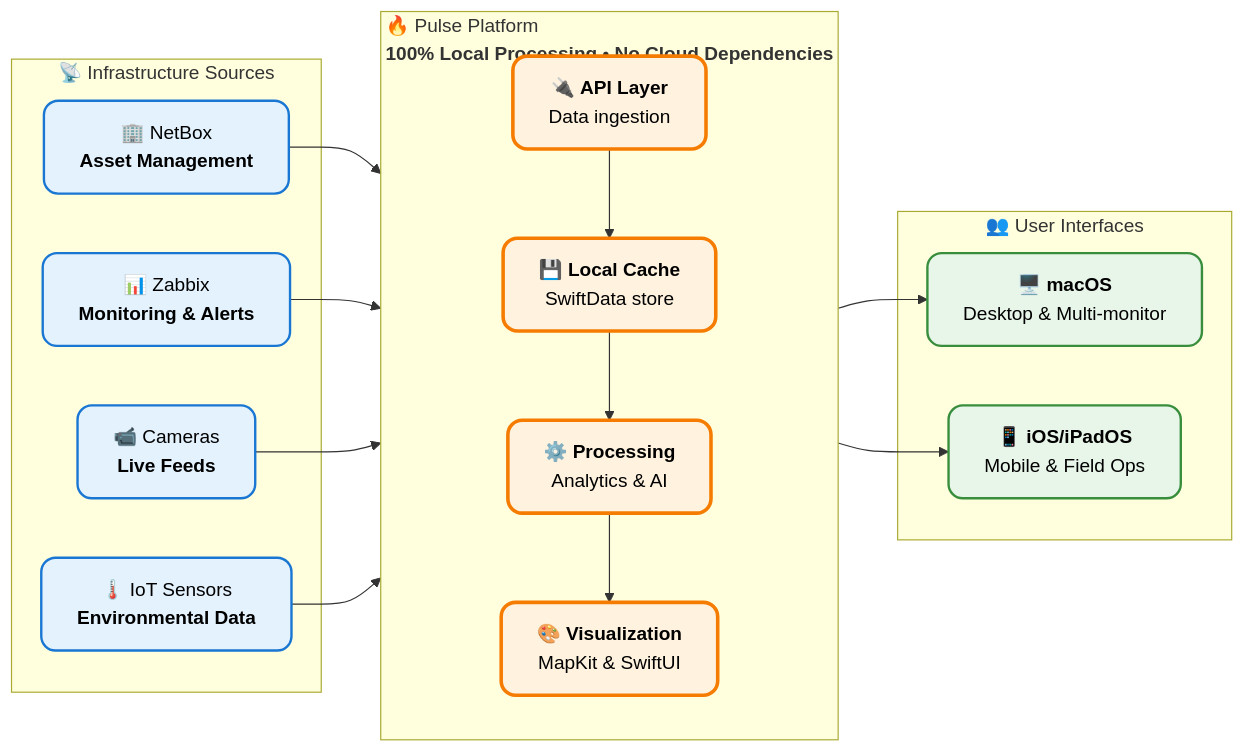
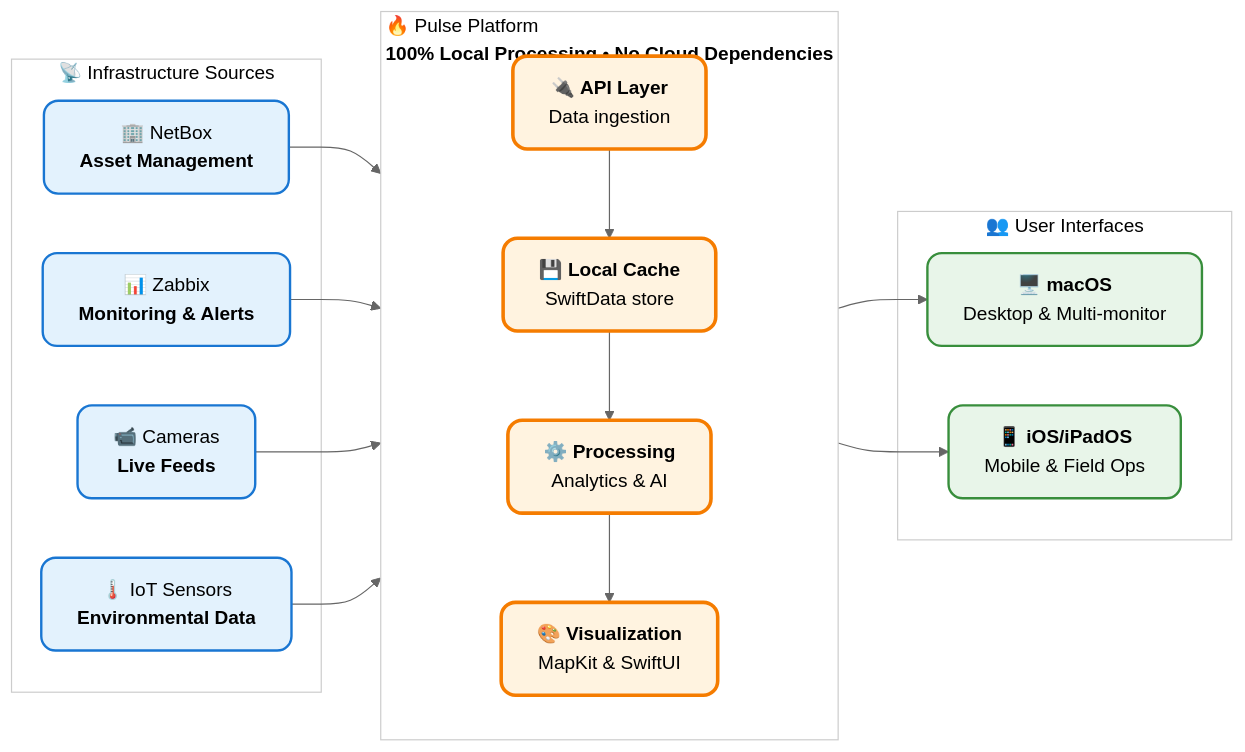
Before and after one commit to Omega-Networks/Pulse: the diagram in docs/media/pulse_architecture_diagram.md, drawn with Mermaid.

````diff
--- a/docs/media/pulse_architecture_diagram.md
+++ b/docs/media/pulse_architecture_diagram.md
@@ -3,48 +3,50 @@
 ```mermaid
+%%{init: {"theme": "base", "themeVariables": {"primaryColor": "#ffffff", "primaryTextColor": "#000000", "primaryBorderColor": "#cccccc", "lineColor": "#666666", "sectionBkColor": "#ffffff", "altSectionBkColor": "#f8f9fa", "gridColor": "#e0e0e0", "secondaryColor": "#ffffff", "tertiaryColor": "#ffffff", "clusterBkg": "transparent", "clusterBorder": "#cccccc", "edgeLabelBackground": "#ffffff"}}}%%
 graph LR
     %% Infrastructure Sources
     subgraph Sources["📡 Infrastructure Sources"]
         NetBox["🏢 NetBox<br/><b>Asset Management</b>"]
         Zabbix["📊 Zabbix<br/><b>Monitoring & Alerts</b>"]
         Cameras["📹 Cameras<br/><b>Live Feeds</b>"]
         IoT["🌡️ IoT Sensors<br/><b>Environmental Data</b>"]
     end
 
     %% Pulse Core Platform  
     subgraph PulseCore["🔥 Pulse Platform<br/><b>100% Local Processing • No Cloud Dependencies</b>"]
         direction TB
         API["🔌 <b>API Layer</b><br/>Data ingestion"]
         Cache["💾 <b>Local Cache</b><br/>SwiftData store"] 
         Engine["⚙️ <b>Processing</b><br/>Analytics & AI"]
         Viz["🎨 <b>Visualization</b><br/>MapKit & SwiftUI"]
         
         API --> Cache
         Cache --> Engine  
         Engine --> Viz
     end
 
     %% User Interfaces
     subgraph UIs["👥 User Interfaces"]
         macOS["🖥️ <b>macOS</b><br/>Desktop & Multi-monitor"]
         iOS["📱 <b>iOS/iPadOS</b><br/>Mobile & Field Ops"]
     end
 
     %% Data Flow Connections
     NetBox --> API
     Zabbix --> API
     Cameras --> API
     IoT --> API
 
     %% Output to Interfaces
     Viz --> macOS
     Viz --> iOS
 
     %% Styling with darker text and rounded corners (Apple/SwiftUI style)
+    classDef default fill:#ffffff,stroke:#cccccc,stroke-width:2px,color:#000000,rx:12,ry:12
     classDef sourceBox fill:#e3f2fd,stroke:#1976d2,stroke-width:2px,color:#000000,rx:12,ry:12
     classDef pulseBox fill:#fff3e0,stroke:#f57c00,stroke-width:3px,color:#000000,rx:12,ry:12
     classDef uiBox fill:#e8f5e9,stroke:#388e3c,stroke-width:2px,color:#000000,rx:12,ry:12
 
     class NetBox,Zabbix,Cameras,IoT sourceBox
     class API,Cache,Engine,Viz pulseBox
     class macOS,iOS uiBox
 ```
````
